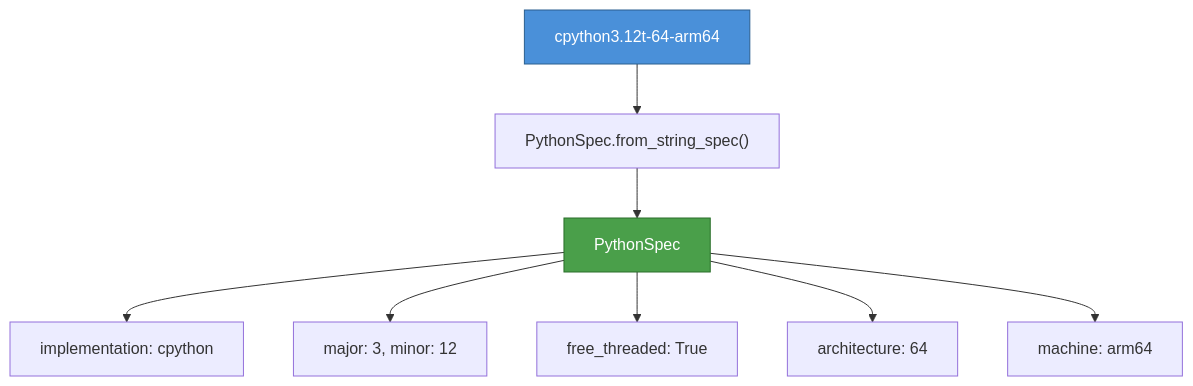
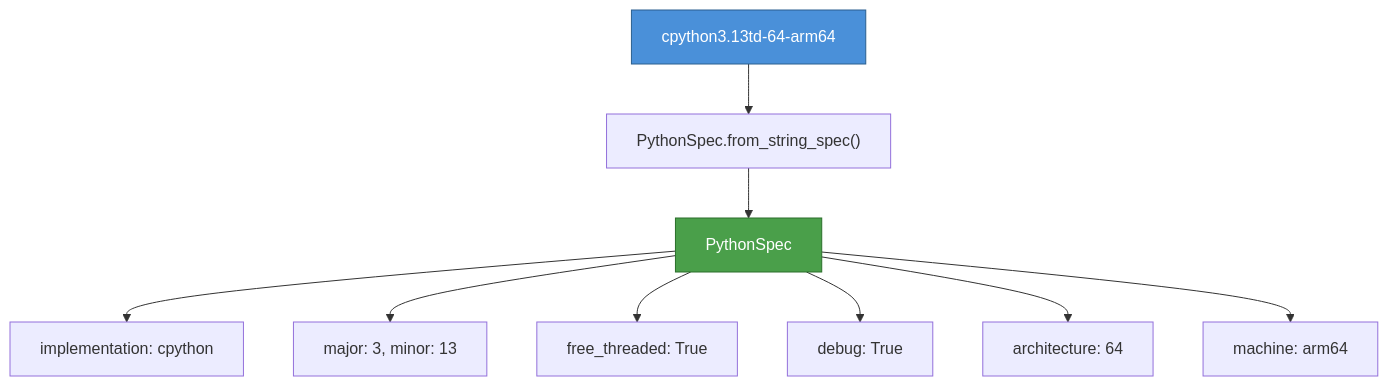
The fifth of 5 diagrams in docs/tutorial/getting-started.rst (tox-dev/python-discovery), drawn with Mermaid before and after one commit. The commit also changed other lines of this file and 8 other files, not shown here.

Commit message:
🐛 fix(spec): discover debug (Py_DEBUG) interpreters like python3.13-dbg (#96)

```diff
--- a/docs/tutorial/getting-started.rst
+++ b/docs/tutorial/getting-started.rst
@@ -188,13 +192,14 @@
 .. mermaid::
 
     flowchart TD
-        Input["cpython3.12t-64-arm64"] --> Parse["PythonSpec.from_string_spec()"]
+        Input["cpython3.13td-64-arm64"] --> Parse["PythonSpec.from_string_spec()"]
         Parse --> Spec["PythonSpec"]
         Spec --> impl["implementation: cpython"]
-        Spec --> ver["major: 3, minor: 12"]
+        Spec --> ver["major: 3, minor: 13"]
         Spec --> ft["free_threaded: True"]
+        Spec --> dbg["debug: True"]
         Spec --> arch["architecture: 64"]
         Spec --> mach["machine: arm64"]
 
         style Input fill:#4a90d9,stroke:#2a5f8f,color:#fff
         style Spec fill:#4a9f4a,stroke:#2a6f2a,color:#fff
```
